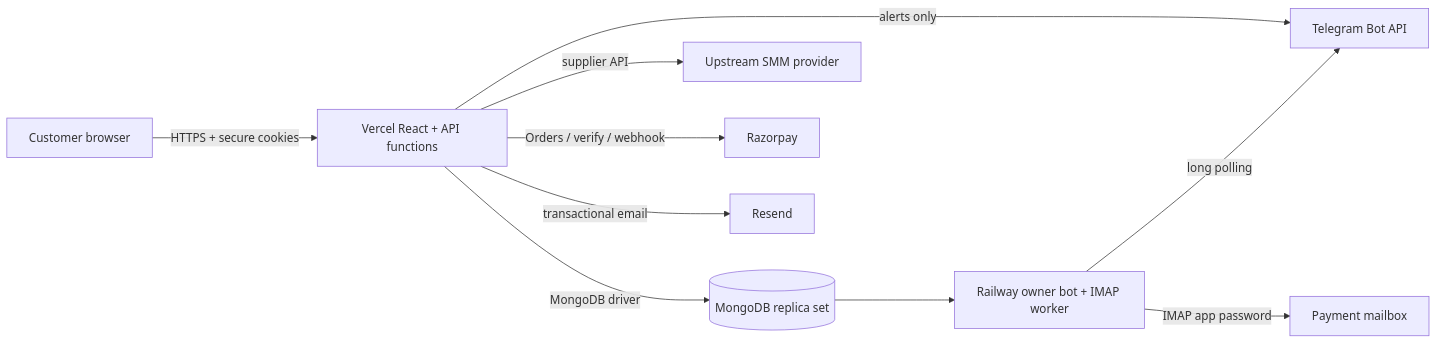
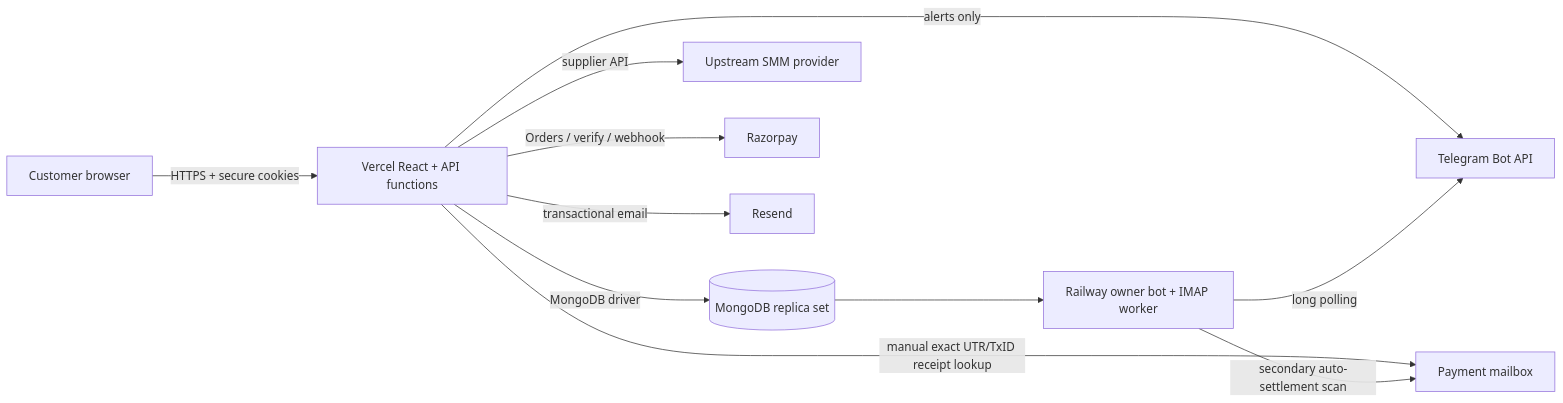
The first of 6 diagrams in architecture/website-architecture.md (ExamCodesOfficial/SMM-UP), drawn with Mermaid before and after one commit. The commit also changed other lines of this file and 17 other files, not shown here.

````diff
--- a/architecture/website-architecture.md
+++ b/architecture/website-architecture.md
@@ -50,12 +50,13 @@
 ```mermaid
 flowchart LR
   U[Customer browser] -->|HTTPS + secure cookies| V[Vercel React + API functions]
   V -->|MongoDB driver| M[(MongoDB replica set)]
   V -->|supplier API| P[Upstream SMM provider]
   V -->|Orders / verify / webhook| R[Razorpay]
   V -->|transactional email| E[Resend]
+  V -->|manual exact UTR/TxID receipt lookup| I[Payment mailbox]
   V -->|alerts only| T[Telegram Bot API]
   M --> W[Railway owner bot + IMAP worker]
   W -->|long polling| T
-  W -->|IMAP app password| I[Payment mailbox]
+  W -->|secondary auto-settlement scan| I
 ```
````
